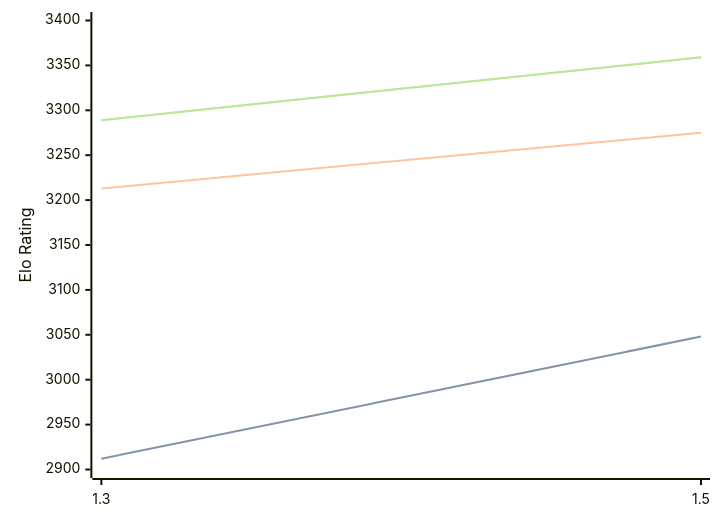
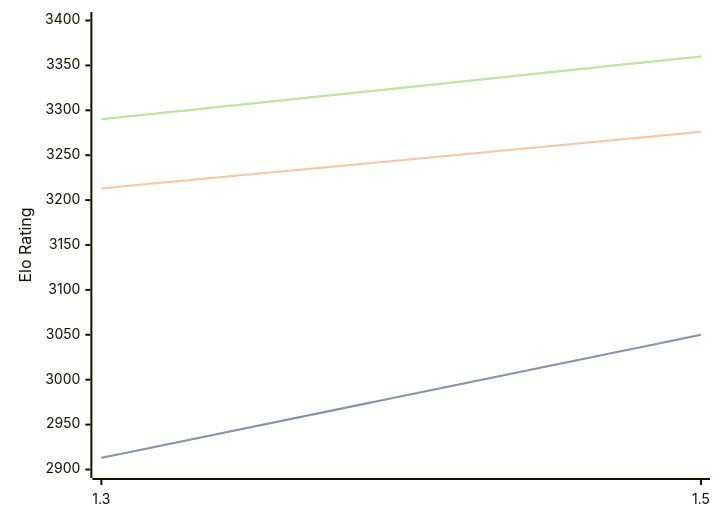
Before and after one commit to computer-chess-index/cci: the diagram in engines/Lambergar.md, drawn with Mermaid. The commit also changed other lines of this file, not shown here.

Commit message:
Update CCI Ratings (ELO VLTC) - 2026-09-13

````diff
--- a/engines/Lambergar.md
+++ b/engines/Lambergar.md
@@ -32,11 +32,11 @@
 ```mermaid
 %%{init: {"theme":"base","themeVariables":{"seriesColors:['#a3a3a3','#222221','#faa371']}}}%%
 xychart-beta
   x-axis ["1.3", "1.5"]
   y-axis "Elo Rating" 2900 --> 3400
-  line "" [2912, 3048]
-  line "STC (8.0+0.08s)" [2912, 3048]
-  line "LTC (60.0+0.60s)" [3213, 3275]
-  line "" [3289, 3359]
-  line "VLTC (2m24s+1.12s)" [3289, 3359]
+  line "" [2913, 3050]
+  line "STC (8.0+0.08s)" [2913, 3050]
+  line "LTC (60.0+0.60s)" [3213, 3276]
+  line "" [3290, 3360]
+  line "VLTC (2m24s+1.12s)" [3290, 3360]
 ```
````
